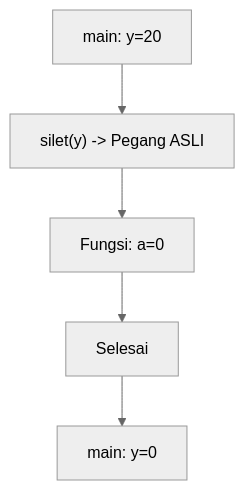
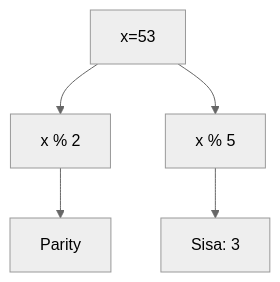
The sixth of 25 diagrams in part-c-pemahaman-cpp/04-fungsi/latihan/set-09.md (amnahwaida/OSNK_INF_PREP), drawn with Mermaid (neutral theme) before and after one commit. The commit also changed other lines of this file and 71 other files, not shown here.

````diff
--- a/part-c-pemahaman-cpp/04-fungsi/latihan/set-09.md
+++ b/part-c-pemahaman-cpp/04-fungsi/latihan/set-09.md
@@ -319,7 +170,7 @@
 ```mermaid
 graph TD
-    A[main: y=20] --> B["silet(y) -> Pegang ASLI"]
-    B --> C[Fungsi: a=0]
-    C --> D[Selesai]
-    D --> E[main: y=0]
+A[x=53] --> B[x % 2]
+B --> C[Parity]
+A --> D[x % 5]
+D --> E[Sisa: 3]
 ```
````
